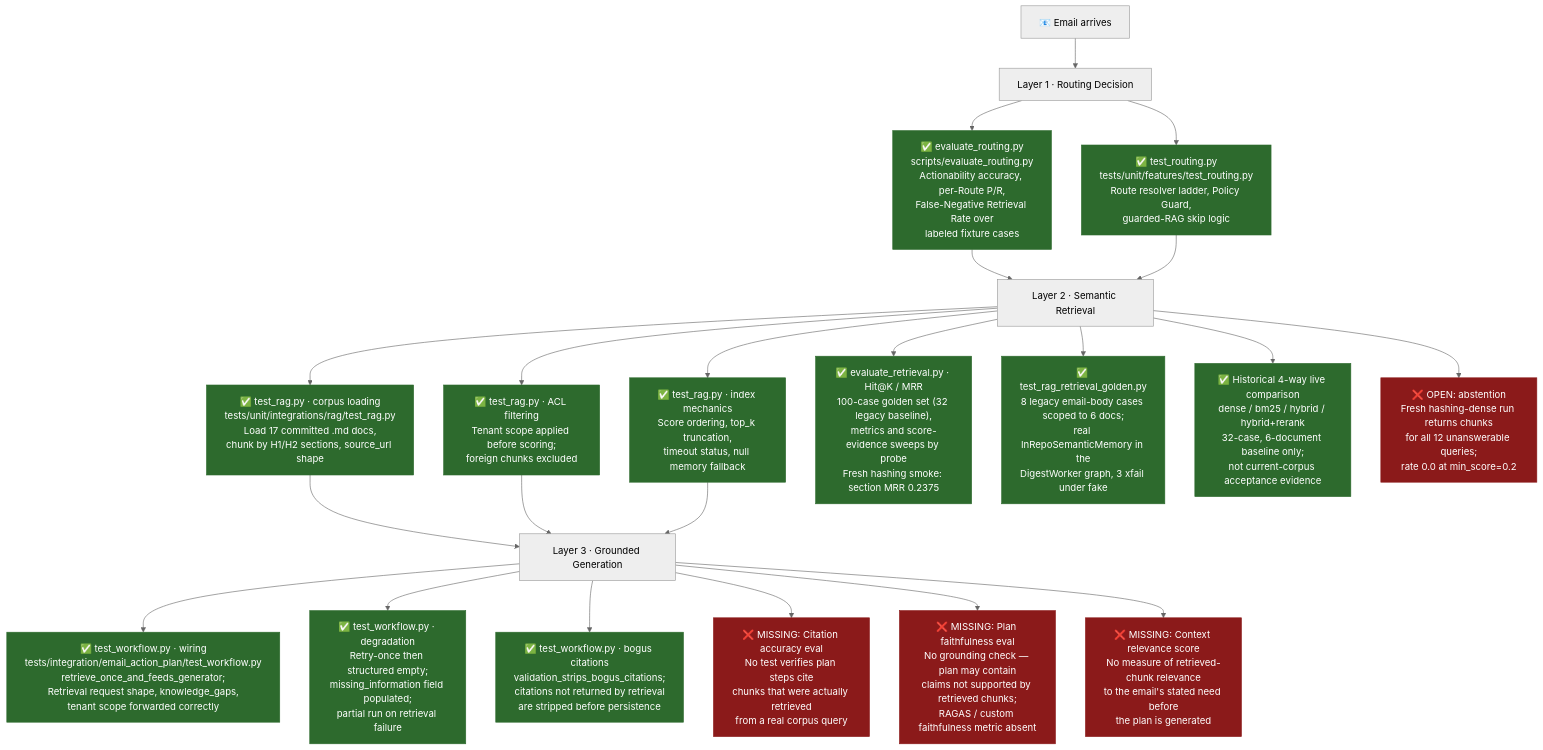
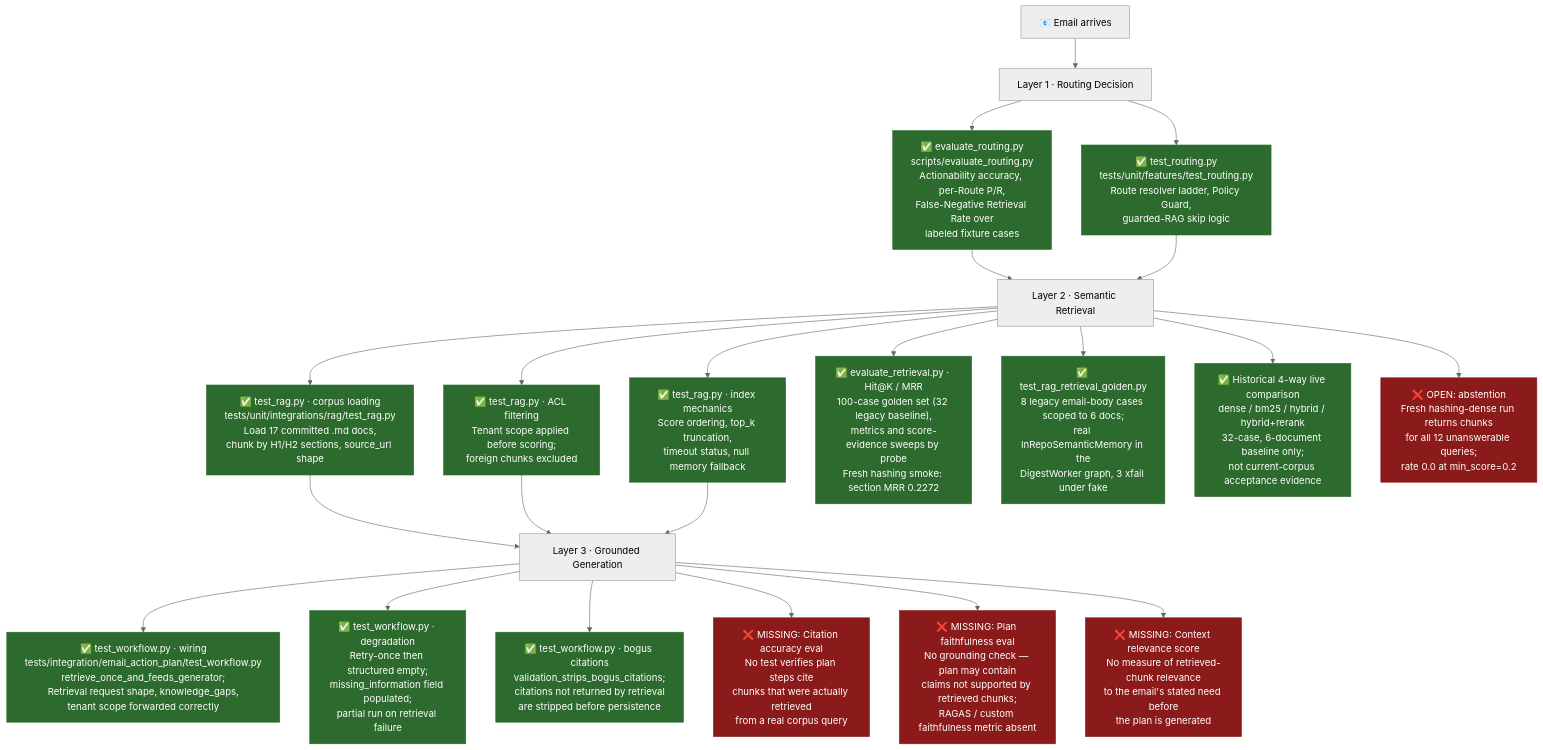
The diagram in evaluations/RETRIEVAL/RETRIEVAL-EVALUATION-STATUS.md (MathematicGuy/EMAIL-AGENT-v1), drawn with Mermaid (neutral theme) before and after one commit. The commit also changed other lines of this file and 25 other files, not shown here.

````diff
--- a/evaluations/RETRIEVAL/RETRIEVAL-EVALUATION-STATUS.md
+++ b/evaluations/RETRIEVAL/RETRIEVAL-EVALUATION-STATUS.md
@@ -19,45 +19,45 @@
 ```mermaid
 flowchart TD
     A["📧 Email arrives"] --> B["Layer 1 · Routing Decision"]
 
     B --> B1["✅ evaluate_routing.py\nscripts/evaluate_routing.py\nActionability accuracy, per-Route P/R,\nFalse-Negative Retrieval Rate over\nlabeled fixture cases"]
     B --> B2["✅ test_routing.py\ntests/unit/features/test_routing.py\nRoute resolver ladder, Policy Guard,\nguarded-RAG skip logic"]
 
     B1 --> C["Layer 2 · Semantic Retrieval"]
     B2 --> C
 
     C --> C1["✅ test_rag.py · corpus loading\ntests/unit/integrations/rag/test_rag.py\nLoad 17 committed .md docs,\nchunk by H1/H2 sections, source_url shape"]
     C --> C2["✅ test_rag.py · ACL filtering\nTenant scope applied before scoring;\nforeign chunks excluded"]
     C --> C3["✅ test_rag.py · index mechanics\nScore ordering, top_k truncation,\ntimeout status, null memory fallback"]
-    C --> C4["✅ evaluate_retrieval.py · Hit@K / MRR\n100-case golden set (32 legacy baseline),\nmetrics and score-evidence sweeps by probe\nFresh hashing smoke: section MRR 0.2375"]
+    C --> C4["✅ evaluate_retrieval.py · Hit@K / MRR\n100-case golden set (32 legacy baseline),\nmetrics and score-evidence sweeps by probe\nFresh hashing smoke: section MRR 0.2272"]
     C --> C5["✅ test_rag_retrieval_golden.py\n8 legacy email-body cases scoped to 6 docs;\nreal InRepoSemanticMemory in the\nDigestWorker graph, 3 xfail under fake"]
     C --> C6["✅ Historical 4-way live comparison\ndense / bm25 / hybrid / hybrid+rerank\n32-case, 6-document baseline only;\nnot current-corpus acceptance evidence"]
     C --> C7["❌ OPEN: abstention\nFresh hashing-dense run returns chunks\nfor all 12 unanswerable queries;\nrate 0.0 at min_score=0.2"]
 
     C1 --> D["Layer 3 · Grounded Generation"]
     C2 --> D
     C3 --> D
 
     D --> D1["✅ test_workflow.py · wiring\ntests/integration/email_action_plan/test_workflow.py\nretrieve_once_and_feeds_generator;\nRetrieval request shape, knowledge_gaps,\ntenant scope forwarded correctly"]
     D --> D2["✅ test_workflow.py · degradation\nRetry-once then structured empty;\nmissing_information field populated;\npartial run on retrieval failure"]
     D --> D3["✅ test_workflow.py · bogus citations\nvalidation_strips_bogus_citations;\ncitations not returned by retrieval\nare stripped before persistence"]
     D --> D4["❌ MISSING: Citation accuracy eval\nNo test verifies plan steps cite\nchunks that were actually retrieved\nfrom a real corpus query"]
     D --> D5["❌ MISSING: Plan faithfulness eval\nNo grounding check — plan may contain\nclaims not supported by retrieved chunks;\nRAGAS / custom faithfulness metric absent"]
     D --> D6["❌ MISSING: Context relevance score\nNo measure of retrieved-chunk relevance\nto the email's stated need before\nthe plan is generated"]
 
     style B1 fill:#2d6a2d,color:#fff,stroke:#2d6a2d
     style B2 fill:#2d6a2d,color:#fff,stroke:#2d6a2d
     style C1 fill:#2d6a2d,color:#fff,stroke:#2d6a2d
     style C2 fill:#2d6a2d,color:#fff,stroke:#2d6a2d
     style C3 fill:#2d6a2d,color:#fff,stroke:#2d6a2d
     style D1 fill:#2d6a2d,color:#fff,stroke:#2d6a2d
     style D2 fill:#2d6a2d,color:#fff,stroke:#2d6a2d
     style D3 fill:#2d6a2d,color:#fff,stroke:#2d6a2d
     style C4 fill:#2d6a2d,color:#fff,stroke:#2d6a2d
     style C5 fill:#2d6a2d,color:#fff,stroke:#2d6a2d
     style C6 fill:#2d6a2d,color:#fff,stroke:#2d6a2d
     style C7 fill:#8b1a1a,color:#fff,stroke:#8b1a1a
     style D4 fill:#8b1a1a,color:#fff,stroke:#8b1a1a
     style D5 fill:#8b1a1a,color:#fff,stroke:#8b1a1a
     style D6 fill:#8b1a1a,color:#fff,stroke:#8b1a1a
 ```
````
